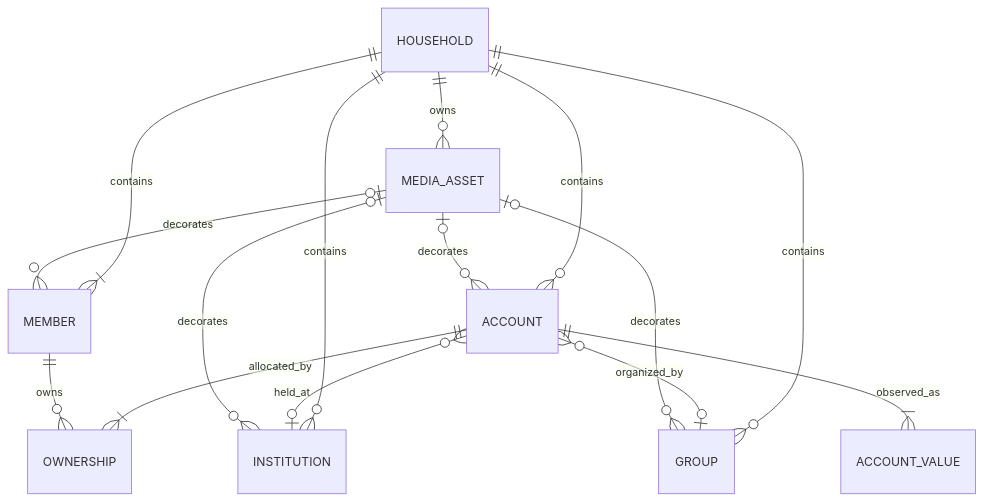
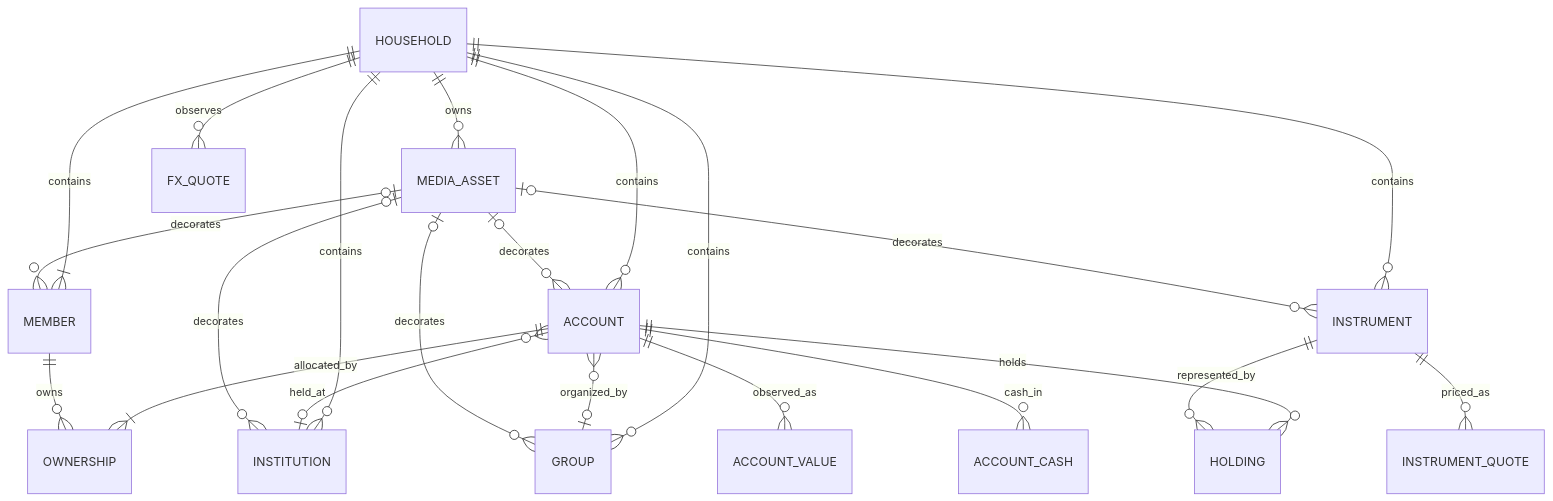
One commit to MnemosyneLab/Nestworth changed the diagram in docs/architecture/domain-model.md. Above: the diagram before and after it, drawn with Mermaid. The commit also changed other lines of this file and 161 other files, not shown here.

````diff
--- a/docs/architecture/domain-model.md
+++ b/docs/architecture/domain-model.md
@@ -7,17 +7,24 @@
 ```mermaid
 erDiagram
     HOUSEHOLD ||--|{ MEMBER : contains
     HOUSEHOLD ||--o{ INSTITUTION : contains
     HOUSEHOLD ||--o{ GROUP : contains
     HOUSEHOLD ||--o{ ACCOUNT : contains
+    HOUSEHOLD ||--o{ INSTRUMENT : contains
     HOUSEHOLD ||--o{ MEDIA_ASSET : owns
+    HOUSEHOLD ||--o{ FX_QUOTE : observes
     ACCOUNT }o--o| INSTITUTION : held_at
     ACCOUNT }o--o| GROUP : organized_by
     ACCOUNT ||--|{ OWNERSHIP : allocated_by
     MEMBER ||--o{ OWNERSHIP : owns
-    ACCOUNT ||--|{ ACCOUNT_VALUE : observed_as
+    ACCOUNT ||--o{ ACCOUNT_VALUE : observed_as
+    ACCOUNT ||--o{ HOLDING : holds
+    ACCOUNT ||--o{ ACCOUNT_CASH : cash_in
+    INSTRUMENT ||--o{ HOLDING : represented_by
+    INSTRUMENT ||--o{ INSTRUMENT_QUOTE : priced_as
     MEDIA_ASSET o|--o{ MEMBER : decorates
     MEDIA_ASSET o|--o{ INSTITUTION : decorates
     MEDIA_ASSET o|--o{ GROUP : decorates
     MEDIA_ASSET o|--o{ ACCOUNT : decorates
+    MEDIA_ASSET o|--o{ INSTRUMENT : decorates
 ```
````
